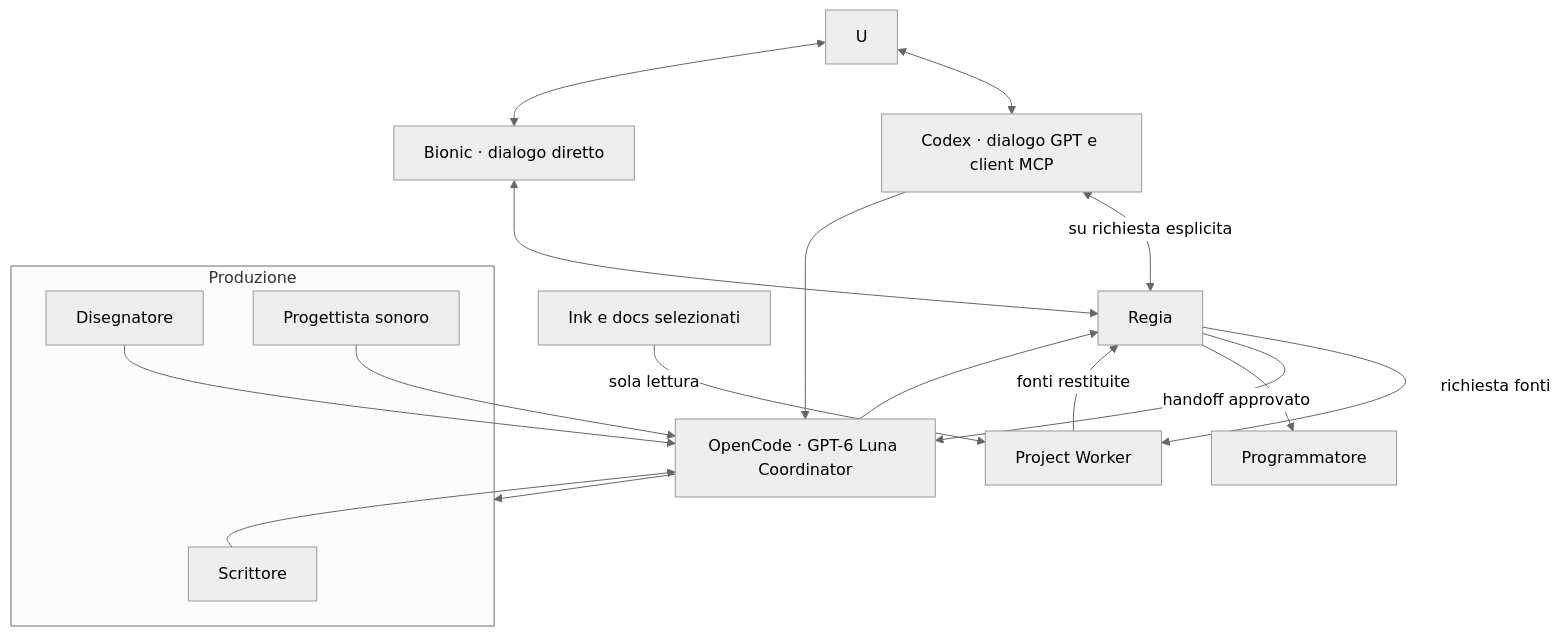
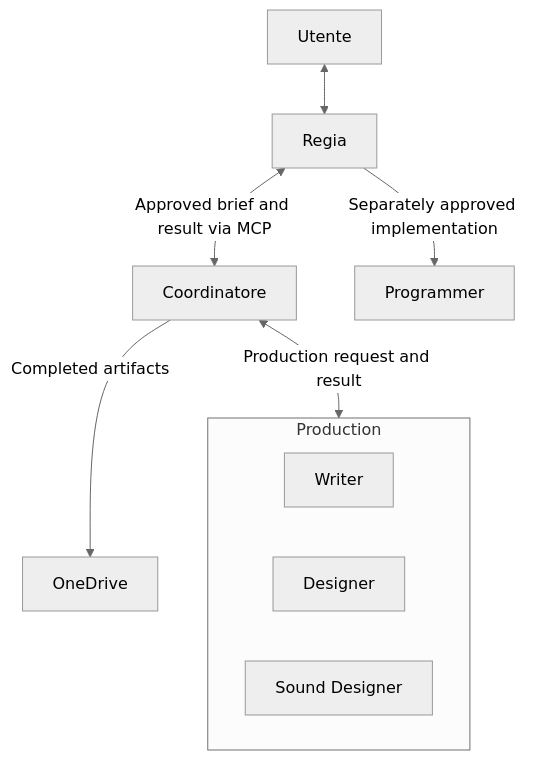
The first of 12 diagrams in README.md (DRincs-Productions/LM-Studio), drawn with Mermaid (neutral theme) before and after one commit. The commit also changed other lines of this file, not shown here.

Commit message:
Document Regia and Coordinator architecture

````diff
--- a/README.md
+++ b/README.md
@@ -15,23 +15,13 @@
 ```mermaid
 flowchart TD
-    U <--> X[Codex · dialogo GPT e client MCP]
-    U <--> B[Bionic · dialogo diretto]
-    X <-->|su richiesta esplicita| R[Regia]
-    B <--> R
-    R -->|richiesta fonti| PW[Project Worker]
-    F[Ink e docs selezionati] -->|sola lettura| PW
-    PW -->|fonti restituite| R
-    X --> C[OpenCode · GPT-6 Luna Coordinator]
-    R -->|handoff approvato| C
-    C --> PRODUZIONE
-    subgraph PRODUZIONE[Produzione]
-        W[Scrittore]
-        D[Disegnatore]
-        S[Progettista sonoro]
+    U[Utente] <--> R[Regia]
+    R <-->|Approved brief and result via MCP| C[Coordinatore]
+    C <-->|Production request and result| PROD
+    C -->|Completed artifacts| O[OneDrive]
+    subgraph PROD[Production]
+        W[Writer]
+        D[Designer]
+        S[Sound Designer]
     end
-    W --> C
-    D --> C
-    S --> C
-    C --> R
-    R --> P[Programmatore]
+    R -->|Separately approved implementation| P[Programmer]
 ```
````
